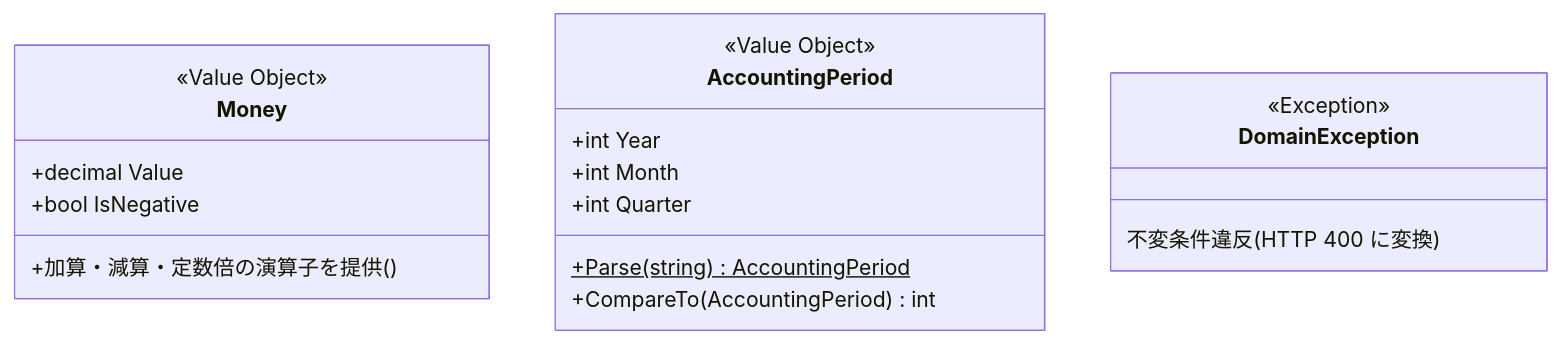
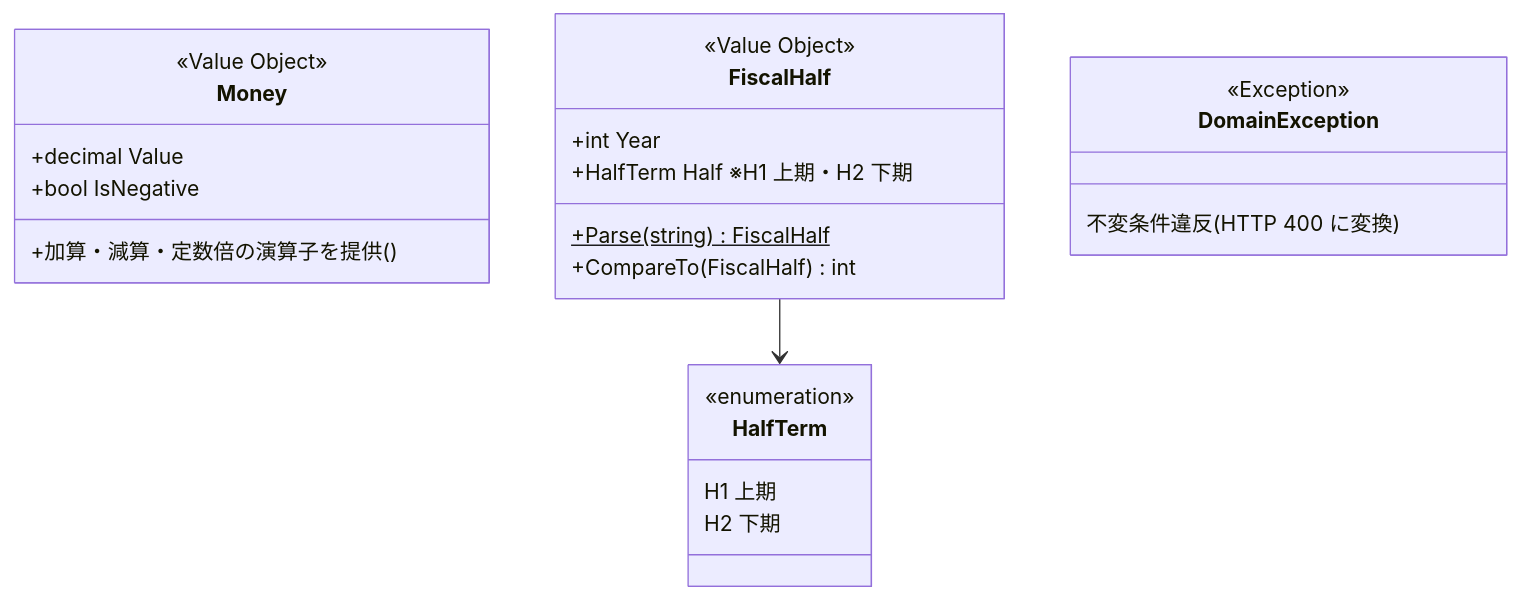
The fifth of 9 diagrams in docs/DESIGN.md (kyamanaka0923/fcpl-cost-management-system), drawn with Mermaid before and after one commit. The commit also changed other lines of this file and 8 other files, not shown here.

````diff
--- a/docs/DESIGN.md
+++ b/docs/DESIGN.md
@@ -117,21 +118,26 @@
 ```mermaid
 classDiagram
     class Money {
         <<Value Object>>
         +decimal Value
         +bool IsNegative
         +加算・減算・定数倍の演算子を提供()
     }
-    class AccountingPeriod {
+    class FiscalHalf {
         <<Value Object>>
         +int Year
-        +int Month
-        +int Quarter
-        +Parse(string) AccountingPeriod$
-        +CompareTo(AccountingPeriod) int
+        +HalfTerm Half ※H1 上期・H2 下期
+        +Parse(string) FiscalHalf$
+        +CompareTo(FiscalHalf) int
+    }
+    class HalfTerm {
+        <<enumeration>>
+        H1 上期
+        H2 下期
     }
     class DomainException {
         <<Exception>>
         不変条件違反(HTTP 400 に変換)
     }
+    FiscalHalf --> HalfTerm
 ```
````
